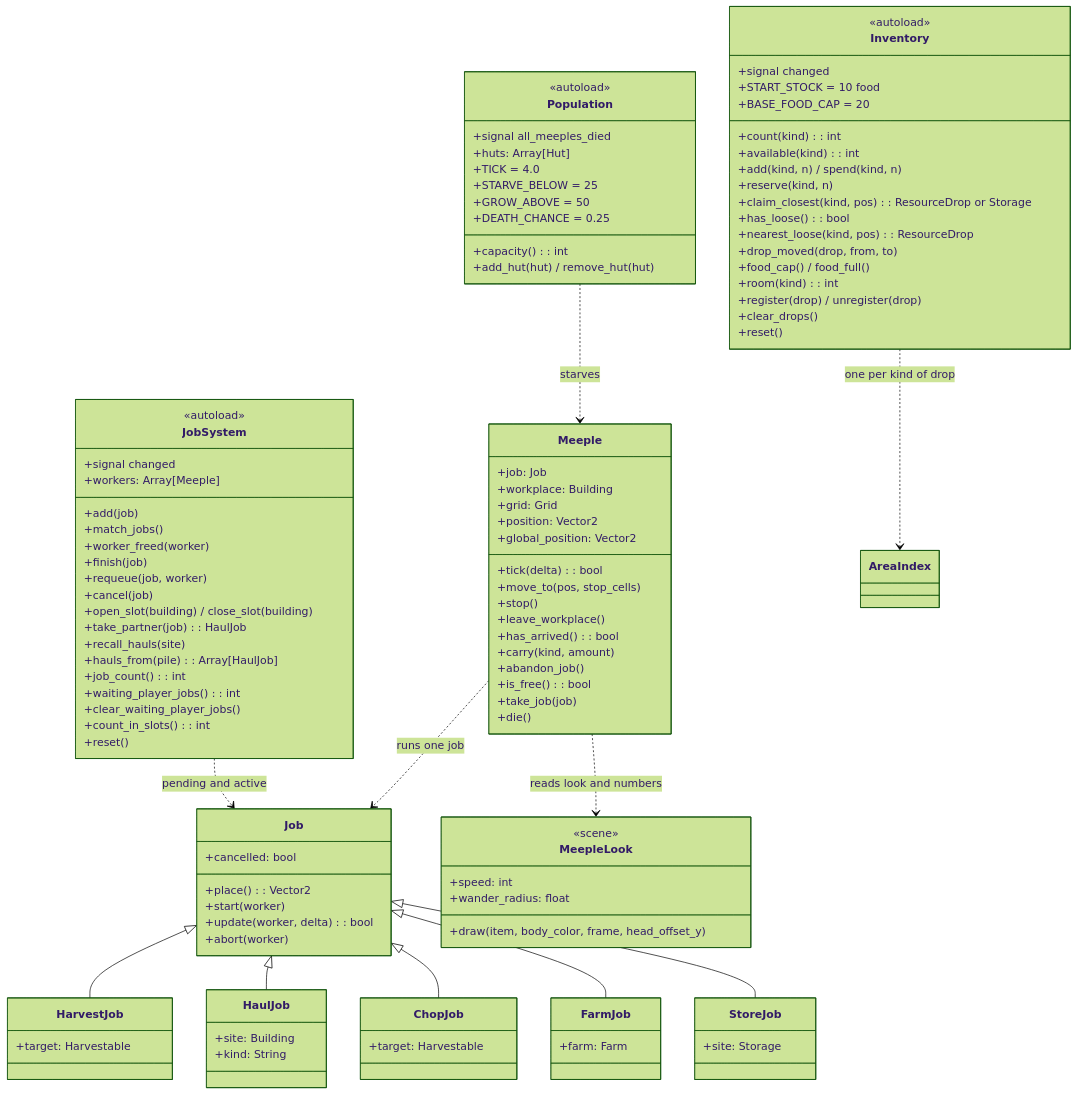
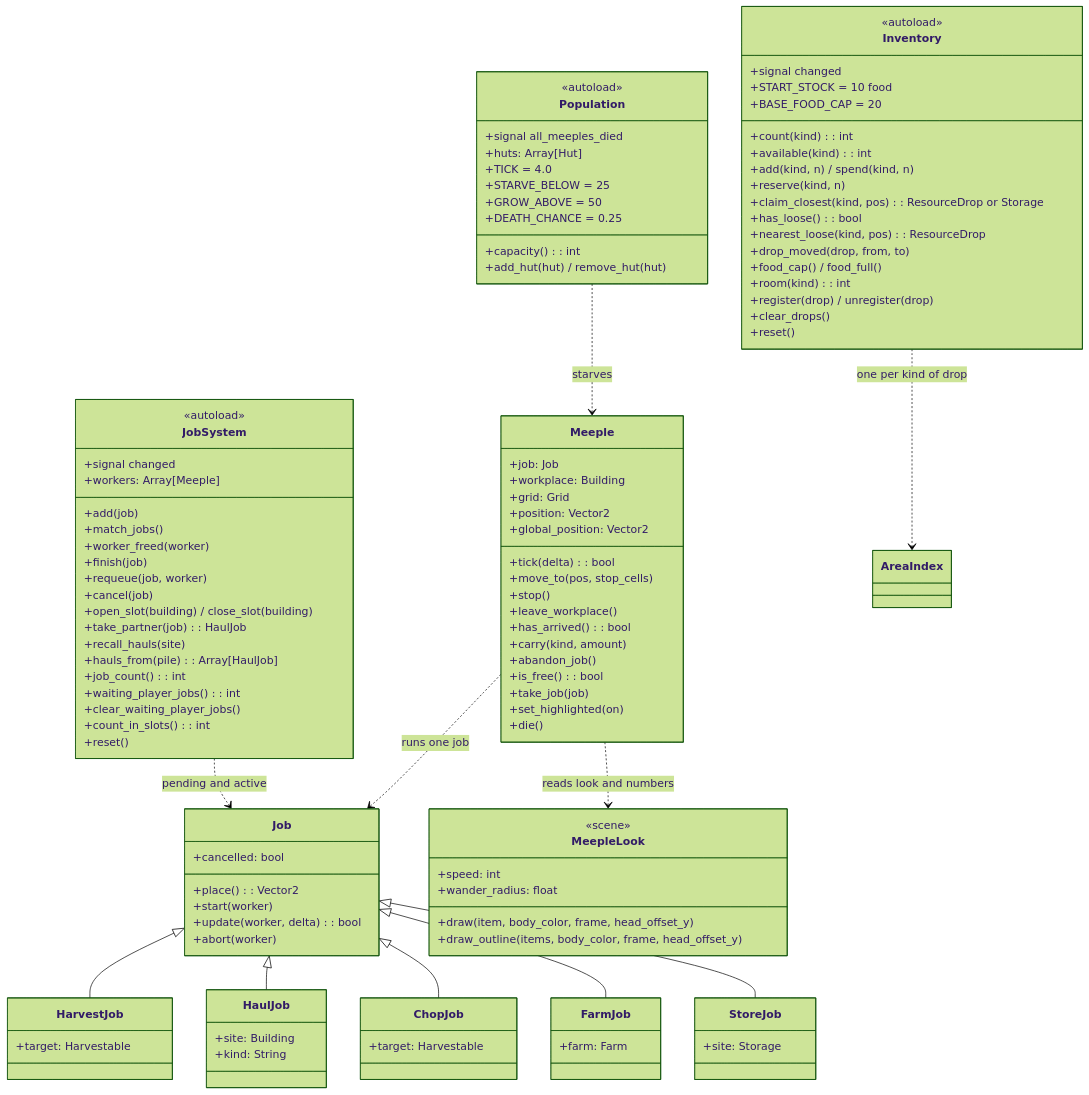
Before and after one commit to Liam-M-Mays/game-jam-2026: the tenth of 11 diagrams in docs/architecture.md, drawn with Mermaid (forest theme). The commit also changed other lines of this file and 5 other files, not shown here.

```diff
--- a/docs/architecture.md
+++ b/docs/architecture.md
@@ -641,6 +642,7 @@
         +abandon_job()
         +is_free(): bool
         +take_job(job)
+        +set_highlighted(on)
         +die()
     }
     class MeepleLook {
@@ -648,6 +650,7 @@
         +speed: int
         +wander_radius: float
         +draw(item, body_color, frame, head_offset_y)
+        +draw_outline(items, body_color, frame, head_offset_y)
     }
     class Population {
         <<autoload>>
```
